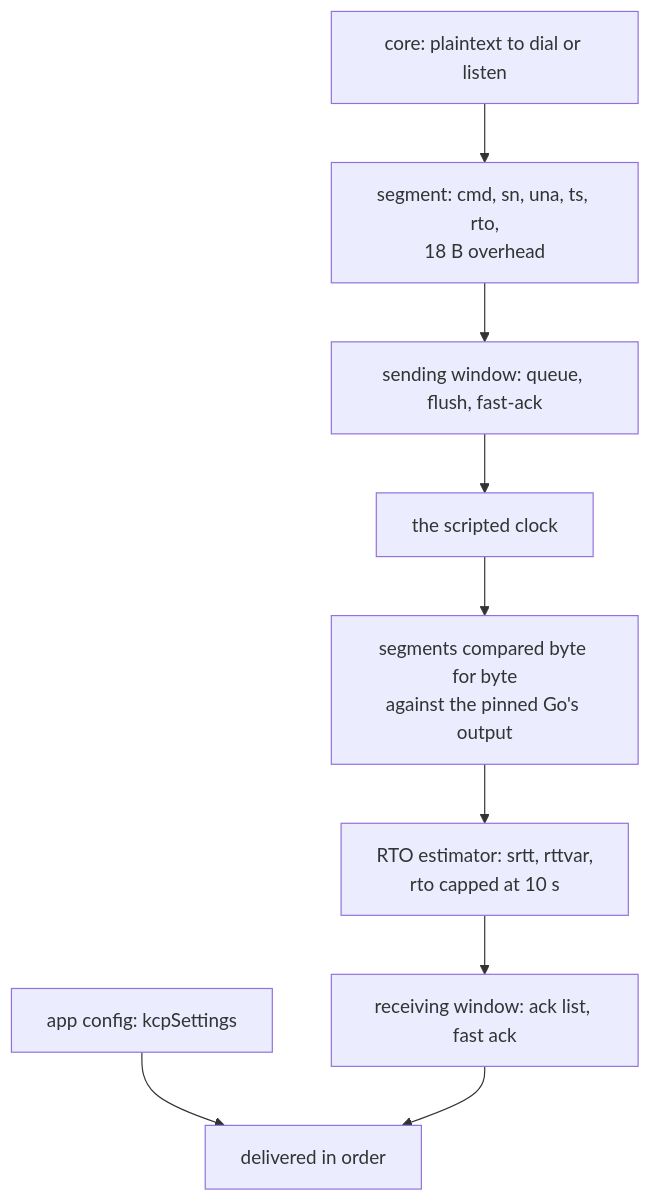
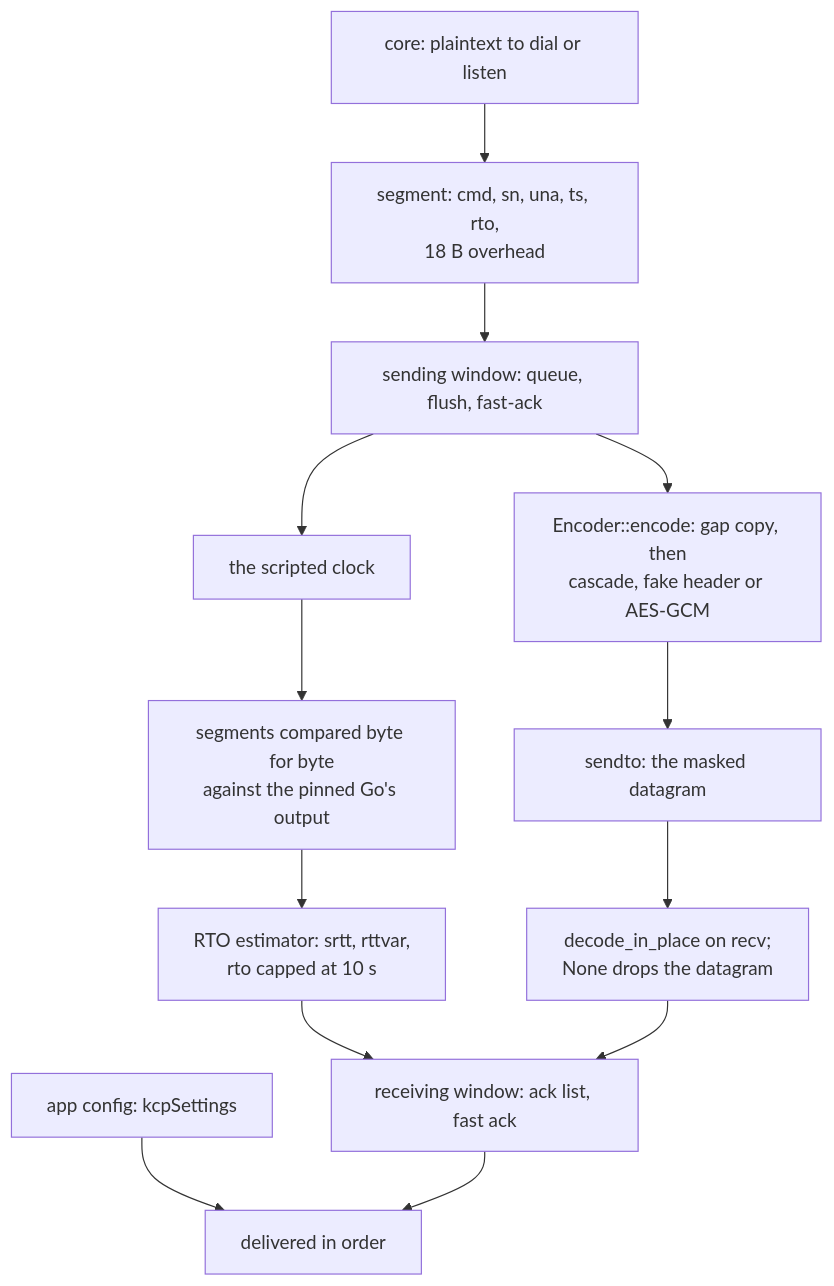
One commit to Ferrocite/ferrox changed the diagram in docs/function/kcp.md. Above: the diagram before and after it, drawn with Mermaid. The commit also changed other lines of this file and 16 other files, not shown here.

````diff
--- a/docs/function/kcp.md
+++ b/docs/function/kcp.md
@@ -23,11 +29,15 @@
 ```mermaid
 graph TD
     A["app config: kcpSettings"] --> A2["parsed into kcp::Config:<br/>mtu, tti, capacities, multiplier,<br/>window, both casings"]
     B["core: plaintext to dial or listen"] --> S["segment: cmd, sn, una, ts, rto,<br/>18 B overhead"]
     S --> W["sending window: queue, flush, fast-ack"]
     W --> K["the scripted clock"]
     K --> O["segments compared byte for byte<br/>against the pinned Go's output"]
     O --> P["RTO estimator: srtt, rttvar,<br/>rto capped at 10 s"]
     P --> Q["receiving window: ack list, fast ack"]
     Q --> A2["delivered in order"]
+    W --> X["Encoder::encode: gap copy, then<br/>cascade, fake header or AES-GCM"]
+    X --> Y["sendto: the masked datagram"]
+    Y --> Z["decode_in_place on recv;<br/>None drops the datagram"]
+    Z --> Q
 ```
````
